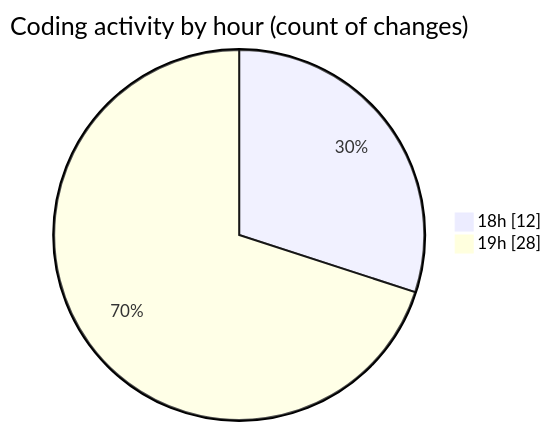
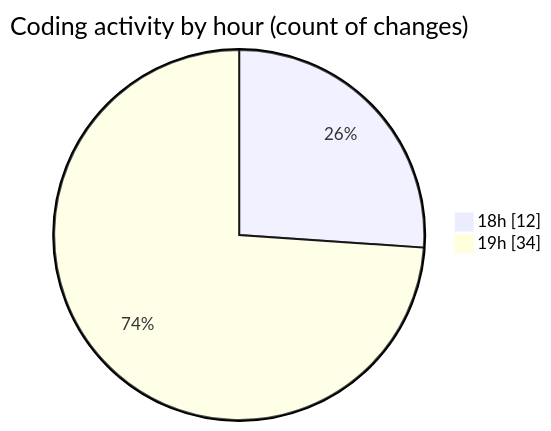
One commit to Elitesun/code-tracking changed the second of 2 diagrams in 2025-05-15/laala_boost/README.md. Above: the diagram before and after it, drawn with Mermaid. The commit also changed other lines of this file and 1 other file, not shown here.

````diff
--- a/2025-05-15/laala_boost/README.md
+++ b/2025-05-15/laala_boost/README.md
@@ -43,6 +43,6 @@
 ```mermaid
 pie showData
 title Coding activity by hour (count of changes)
 "18h" : 12
-"19h" : 28
+"19h" : 34
 ```
````
